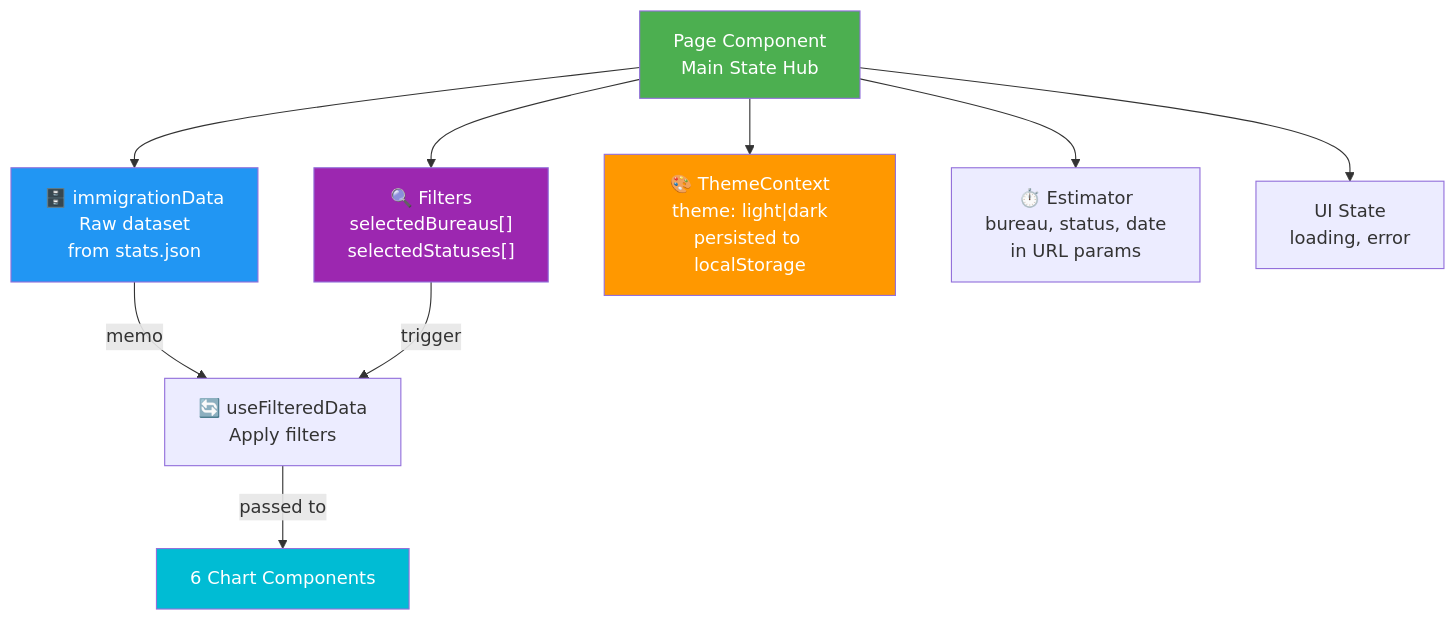
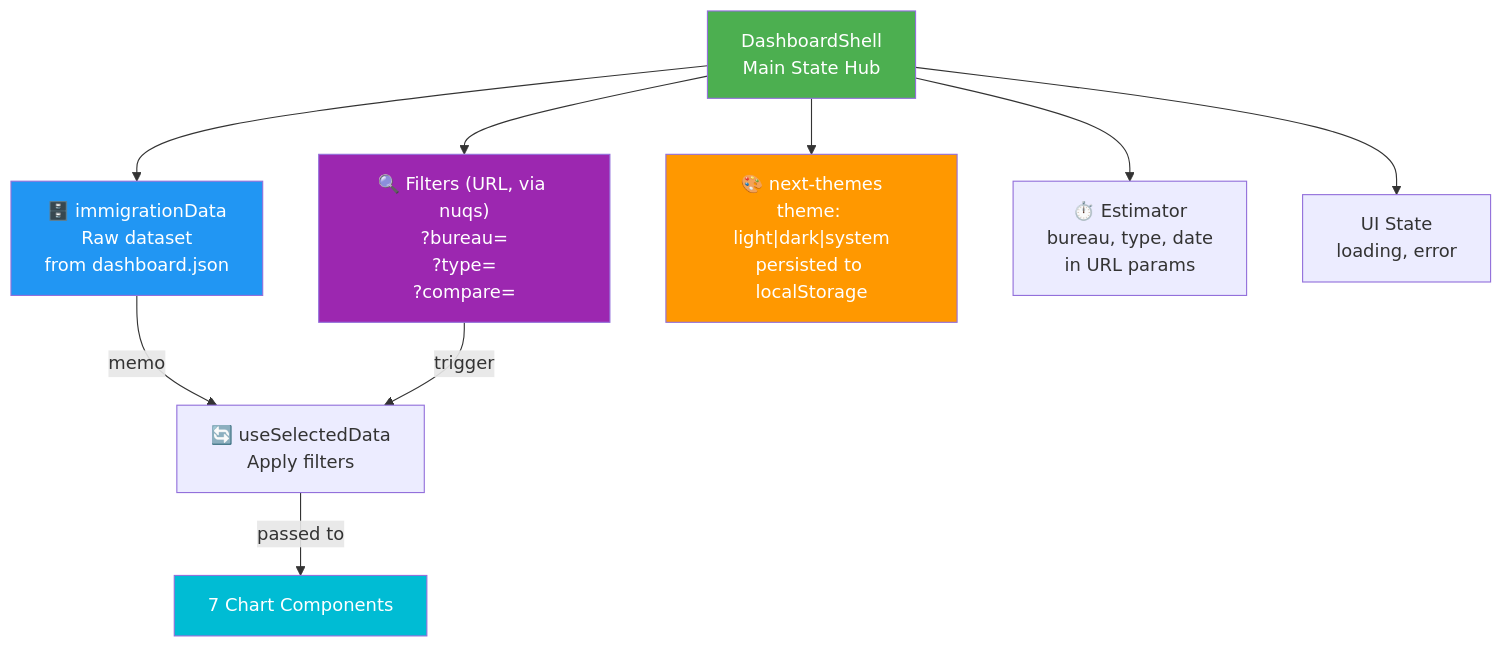
Before and after one commit to RetroHazard/JP_Immigration_Dashboard: the seventh of 16 diagrams in ARCHITECTURE.md, drawn with Mermaid. The commit also changed other lines of this file and 1 other file, not shown here.

First line of the commit message:
Bring ARCHITECTURE.md and DEVELOPMENT.md up to date with the Civic Glass rebuild

````diff
--- a/ARCHITECTURE.md
+++ b/ARCHITECTURE.md
@@ -252,30 +262,30 @@
 ```mermaid
 graph TD
-    PAGE["Page Component<br/>Main State Hub"]
+    SHELL["DashboardShell<br/>Main State Hub"]
     
-    DATA["🗄️ immigrationData<br/>Raw dataset<br/>from stats.json"]
+    DATA["🗄️ immigrationData<br/>Raw dataset<br/>from dashboard.json"]
     
-    FILTERS["🔍 Filters<br/>selectedBureaus[]<br/>selectedStatuses[]"]
+    FILTERS["🔍 Filters (URL, via nuqs)<br/>?bureau=<br/>?type=<br/>?compare="]
     
-    THEME["🎨 ThemeContext<br/>theme: light|dark<br/>persisted to localStorage"]
+    THEME["🎨 next-themes<br/>theme: light|dark|system<br/>persisted to localStorage"]
     
-    ESTIMATOR["⏱️ Estimator<br/>bureau, status, date<br/>in URL params"]
+    ESTIMATOR["⏱️ Estimator<br/>bureau, type, date<br/>in URL params"]
     
     UI["UI State<br/>loading, error"]
     
-    PAGE --> DATA
-    PAGE --> FILTERS
-    PAGE --> THEME
-    PAGE --> ESTIMATOR
-    PAGE --> UI
+    SHELL --> DATA
+    SHELL --> FILTERS
+    SHELL --> THEME
+    SHELL --> ESTIMATOR
+    SHELL --> UI
     
-    DATA -->|memo| FILTERED["🔄 useFilteredData<br/>Apply filters"]
+    DATA -->|memo| FILTERED["🔄 useSelectedData<br/>Apply filters"]
     FILTERS -->|trigger| FILTERED
-    FILTERED -->|passed to| CHARTS["6 Chart Components"]
+    FILTERED -->|passed to| CHARTS["7 Chart Components"]
     
-    style PAGE fill:#4CAF50,color:#fff
+    style SHELL fill:#4CAF50,color:#fff
     style DATA fill:#2196F3,color:#fff
     style FILTERS fill:#9C27B0,color:#fff
     style THEME fill:#FF9800,color:#fff
     style CHARTS fill:#00BCD4,color:#fff
 ```
````
